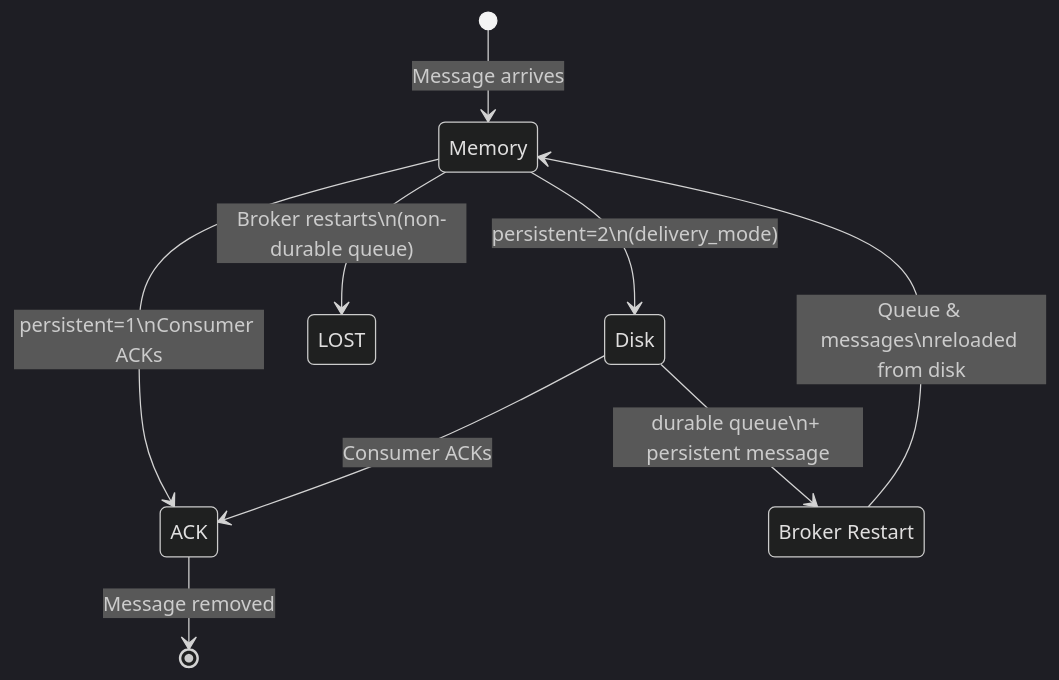
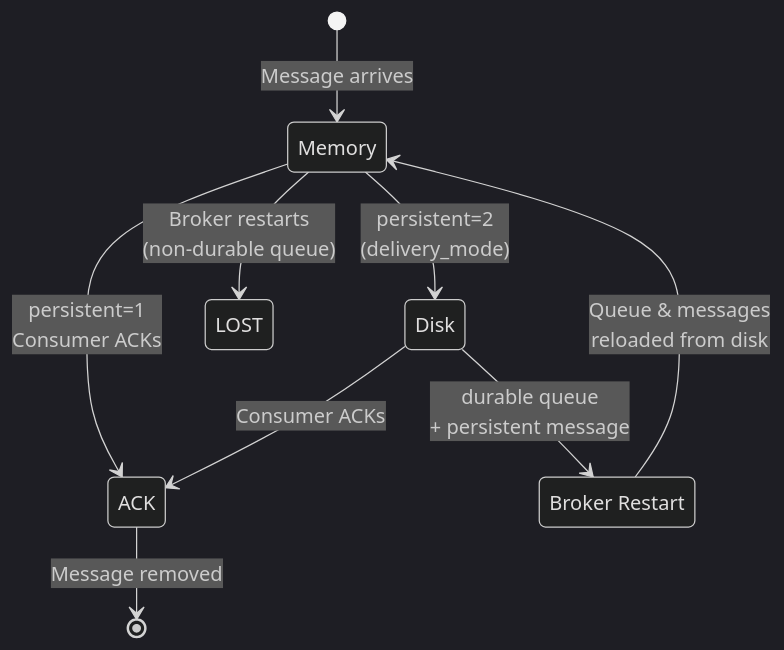
One commit to dangthobach/dangthobach.github.io changed the sixth of 15 diagrams in quartz/content/Microservices-Patterns/RabbitMQ-Configuration-Deep-Dive.md. Above: the diagram before and after it, drawn with Mermaid (dark theme). The commit also changed other lines of this file and 114 other files, not shown here.

````diff
--- a/quartz/content/Microservices-Patterns/RabbitMQ-Configuration-Deep-Dive.md
+++ b/quartz/content/Microservices-Patterns/RabbitMQ-Configuration-Deep-Dive.md
@@ -183,13 +183,13 @@
 ```mermaid
 stateDiagram-v2
     [*] --> Memory: Message arrives
-    Memory --> Disk: persistent=2\n(delivery_mode)
-    Memory --> ACK: persistent=1\nConsumer ACKs
+    Memory --> Disk: persistent=2<br/>(delivery_mode)
+    Memory --> ACK: persistent=1<br/>Consumer ACKs
     Disk --> ACK: Consumer ACKs
     ACK --> [*]: Message removed
 
     state "Broker Restart" as RESTART
-    Memory --> LOST: Broker restarts\n(non-durable queue)
-    Disk --> RESTART: durable queue\n+ persistent message
-    RESTART --> Memory: Queue & messages\nreloaded from disk
+    Memory --> LOST: Broker restarts<br/>(non-durable queue)
+    Disk --> RESTART: durable queue<br/>+ persistent message
+    RESTART --> Memory: Queue & messages<br/>reloaded from disk
 ```
````
